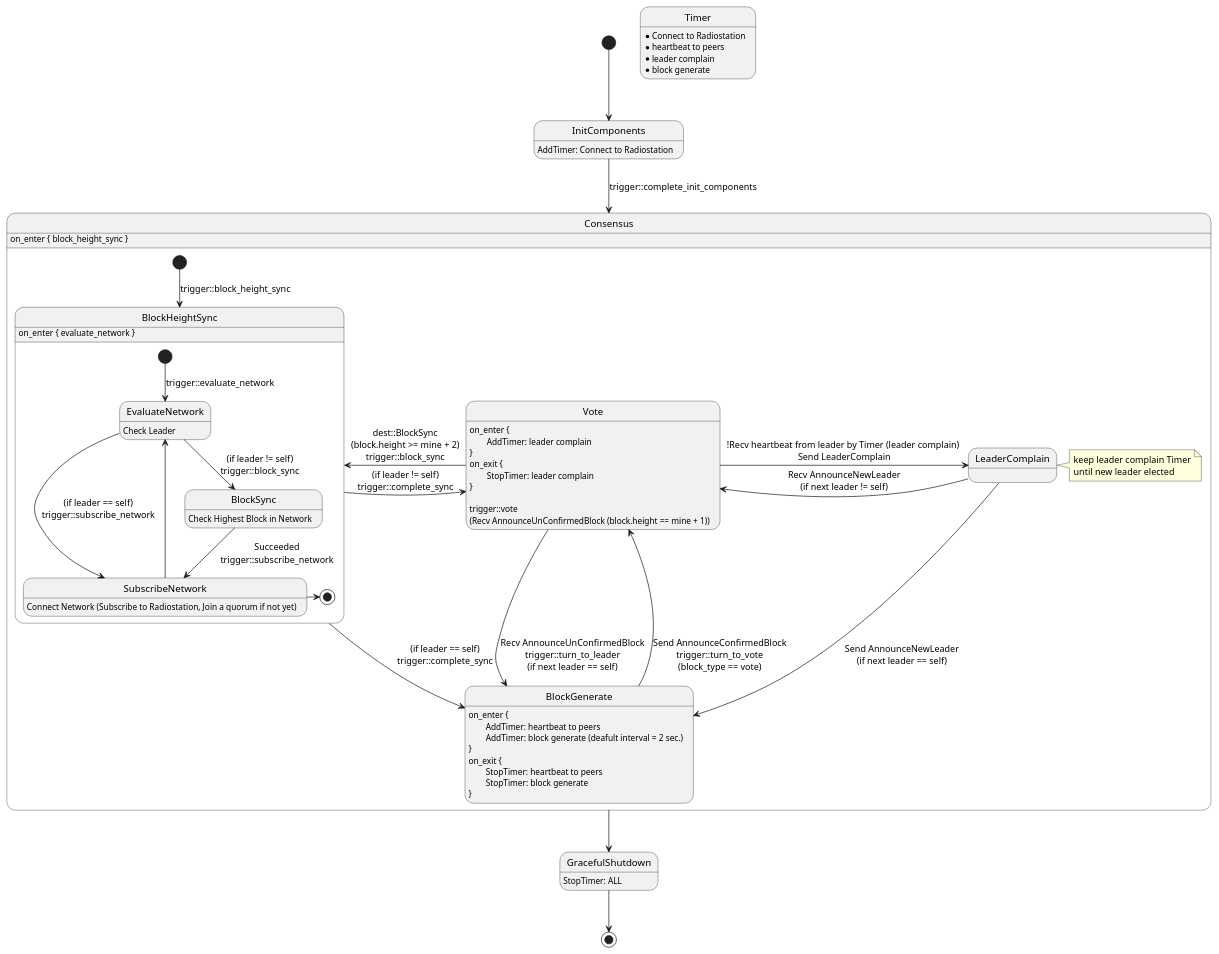
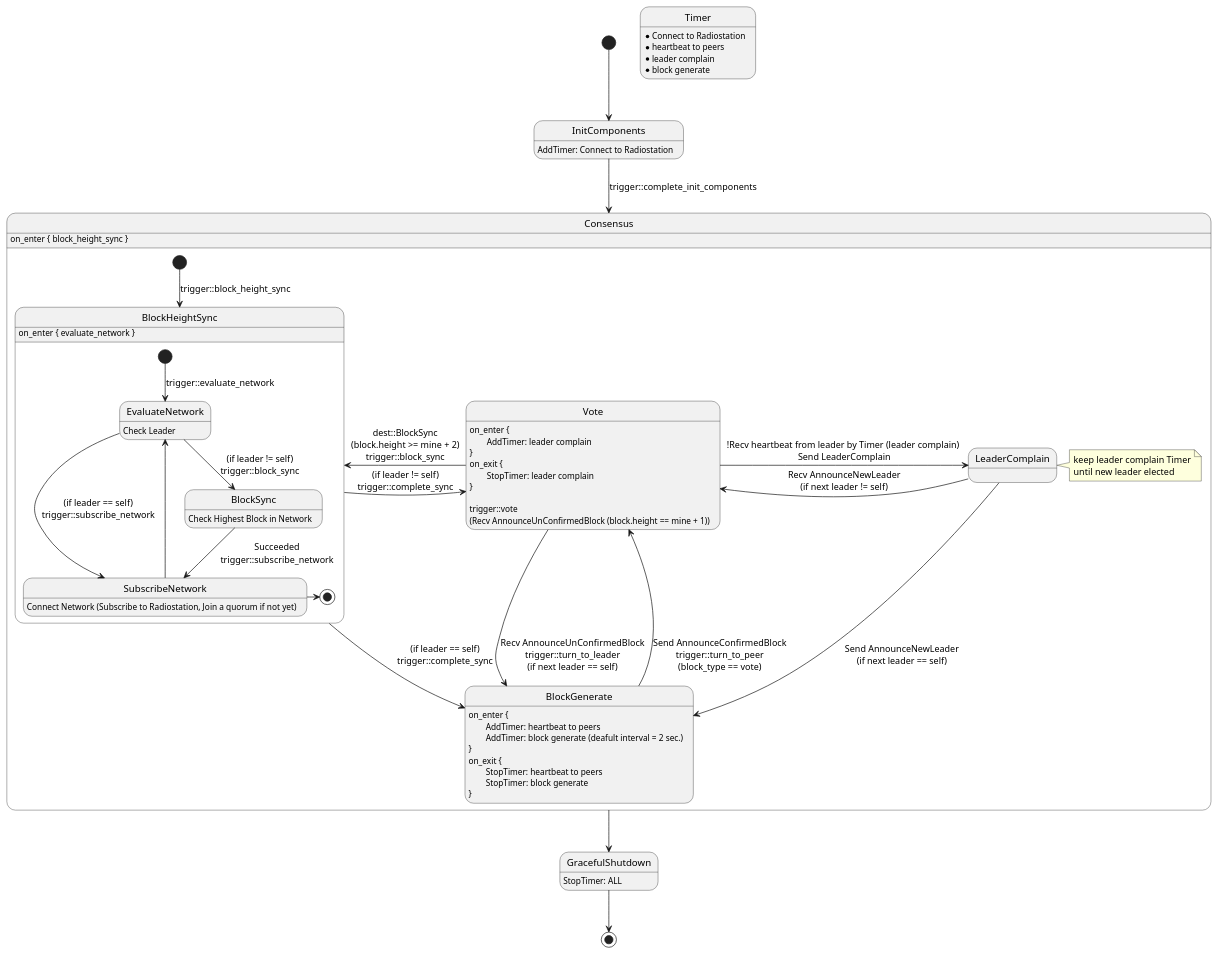
The diagram in docs/8. diagram/state_machine_in_siever.wsd (icon-project/loopchain), drawn with PlantUML before and after one commit. The commit also changed 4 other files, not shown here.

Commit message:
Reset Consensus Object when start block generate timer

```diff
--- a/docs/8. diagram/state_machine_in_siever.wsd
+++ b/docs/8. diagram/state_machine_in_siever.wsd
@@ -1,72 +1,72 @@
 @startuml State Machine in Siever
 
 [*] --> InitComponents
 InitComponents: AddTimer: Connect to Radiostation
 
 InitComponents --> Consensus : trigger::complete_init_components
 
 state Timer
 Timer: * Connect to Radiostation
 Timer: * heartbeat to peers
 Timer: * leader complain
 Timer: * block generate
 
 state Consensus {
     Consensus: on_enter { block_height_sync }
     [*] --> BlockHeightSync : trigger::block_height_sync
 
     state BlockHeightSync {
         [*] --> EvaluateNetwork : trigger::evaluate_network
 
         EvaluateNetwork: Check Leader
         EvaluateNetwork --> BlockSync : (if leader != self)\ntrigger::block_sync
         EvaluateNetwork --> SubscribeNetwork : (if leader == self)\ntrigger::subscribe_network
 
         BlockSync: Check Highest Block in Network
         BlockSync --> SubscribeNetwork : Succeeded\ntrigger::subscribe_network
 
         SubscribeNetwork: Connect Network (Subscribe to Radiostation, Join a quorum if not yet)
         SubscribeNetwork -up-> EvaluateNetwork
         SubscribeNetwork -right-> [*]
     }
     BlockHeightSync: on_enter { evaluate_network }
     BlockHeightSync --> BlockGenerate: (if leader == self)\ntrigger::complete_sync
     BlockHeightSync -> Vote: (if leader != self)\ntrigger::complete_sync
 
     Vote: on_enter {
     Vote: \tAddTimer: leader complain
     Vote: }
     Vote: on_exit {
     Vote: \tStopTimer: leader complain
     Vote: }
     Vote: 
     Vote: trigger::vote\n(Recv AnnounceUnConfirmedBlock (block.height == mine + 1))
     Vote -left-> BlockHeightSync : dest::BlockSync\n(block.height >= mine + 2)\ntrigger::block_sync
     Vote -> BlockGenerate : Recv AnnounceUnConfirmedBlock\ntrigger::turn_to_leader\n(if next leader == self)
     Vote -> LeaderComplain : !Recv heartbeat from leader by Timer (leader complain) \nSend LeaderComplain
 
     BlockGenerate: on_enter {
     BlockGenerate: \tAddTimer: heartbeat to peers
     BlockGenerate: \tAddTimer: block generate (deafult interval = 2 sec.)
     BlockGenerate: }
     BlockGenerate: on_exit {
     BlockGenerate: \tStopTimer: heartbeat to peers
     BlockGenerate: \tStopTimer: block generate
     BlockGenerate: }
-    BlockGenerate -> Vote : Send AnnounceConfirmedBlock\ntrigger::turn_to_vote\n(block_type == vote)
+    BlockGenerate -> Vote : Send AnnounceConfirmedBlock\ntrigger::turn_to_peer\n(block_type == vote)
 
     state LeaderComplain
     note right of LeaderComplain
       keep leader complain Timer
       until new leader elected
     end note
     LeaderComplain -> Vote : Recv AnnounceNewLeader\n(if next leader != self)
     LeaderComplain --> BlockGenerate : Send AnnounceNewLeader\n(if next leader == self)
 }
 
 Consensus --> GracefulShutdown
 
 GracefulShutdown: StopTimer: ALL
 GracefulShutdown --> [*]
 
 @enduml
```
